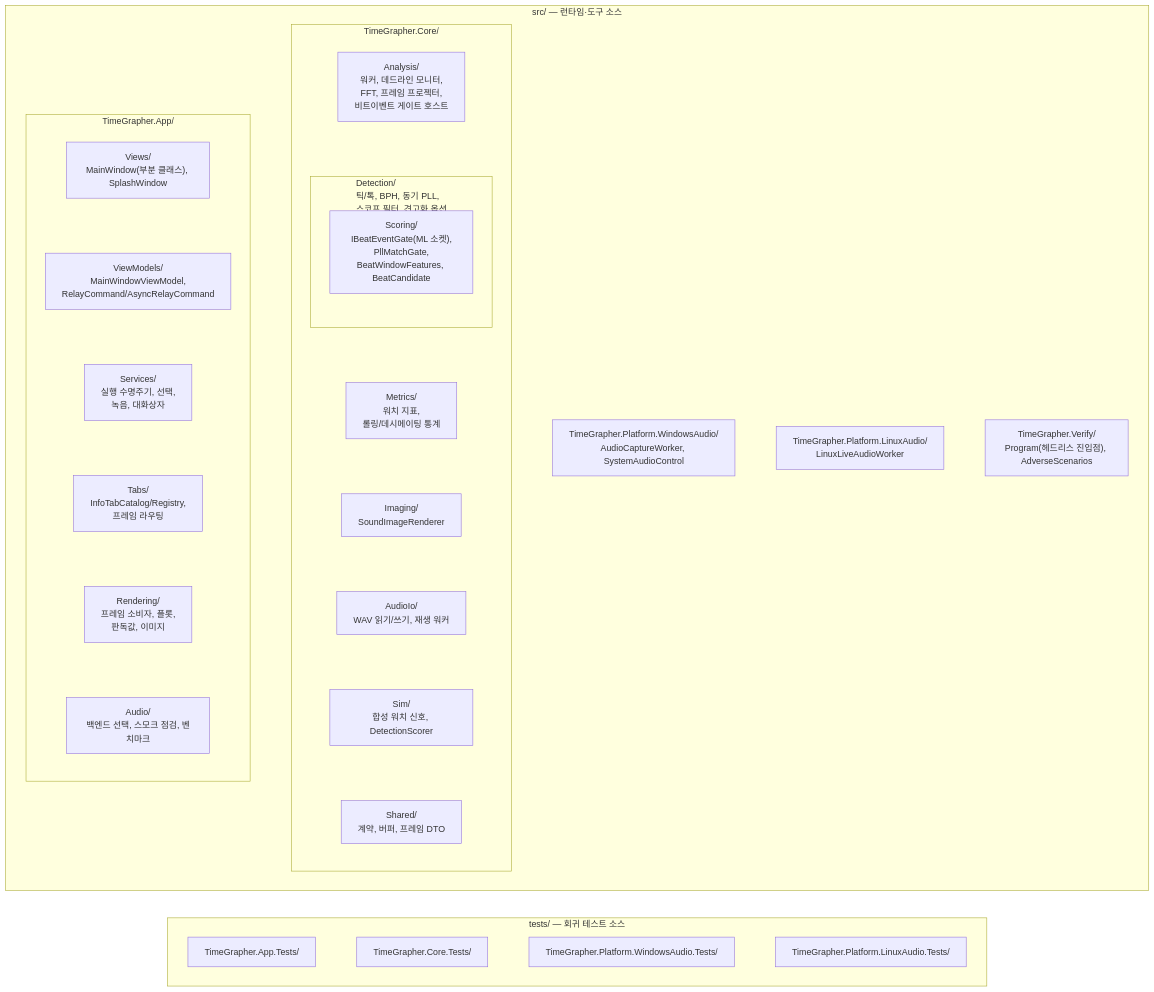
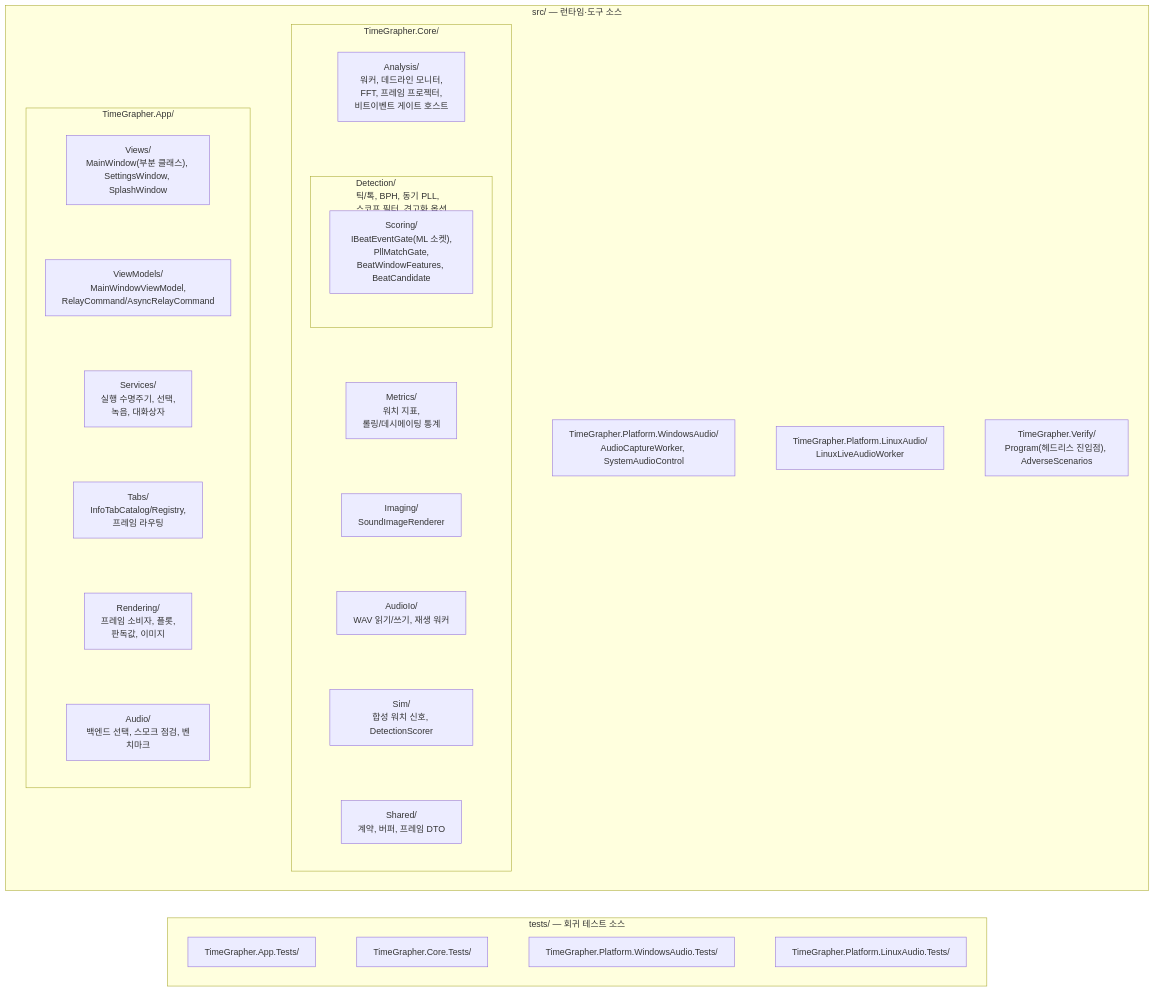
Before and after one commit to Jae-hong-5/TimeGrapher-Net: the diagram in docs/architecture/MODULE_DECOMPOSITION_VIEW.md, drawn with Mermaid. The commit also changed 28 other files, not shown here.

````diff
--- a/docs/architecture/MODULE_DECOMPOSITION_VIEW.md
+++ b/docs/architecture/MODULE_DECOMPOSITION_VIEW.md
@@ -7,66 +7,66 @@
 ```mermaid
 flowchart TB
     subgraph SrcDir["src/ — 런타임·도구 소스"]
         direction LR
 
         subgraph App["TimeGrapher.App/"]
             direction TB
-            AppViews["Views/<br/>MainWindow(부분 클래스), SplashWindow"]
+            AppViews["Views/<br/>MainWindow(부분 클래스), SettingsWindow, SplashWindow"]
             AppViewModels["ViewModels/<br/>MainWindowViewModel,<br/>RelayCommand/AsyncRelayCommand"]
             AppServices["Services/<br/>실행 수명주기, 선택,<br/>녹음, 대화상자"]
             AppTabs["Tabs/<br/>InfoTabCatalog/Registry,<br/>프레임 라우팅"]
             AppRendering["Rendering/<br/>프레임 소비자, 플롯,<br/>판독값, 이미지"]
             AppAudio["Audio/<br/>백엔드 선택, 스모크 점검, 벤치마크"]
 
             AppViews ~~~ AppViewModels
             AppViewModels ~~~ AppServices
             AppServices ~~~ AppTabs
             AppTabs ~~~ AppRendering
             AppRendering ~~~ AppAudio
         end
 
         subgraph Core["TimeGrapher.Core/"]
             direction TB
             CoreAnalysis["Analysis/<br/>워커, 데드라인 모니터,<br/>FFT, 프레임 프로젝터,<br/>비트이벤트 게이트 호스트"]
             subgraph CoreDetection["Detection/<br/>틱/톡, BPH, 동기 PLL,<br/>스코프 필터, 견고화 옵션"]
                 direction TB
                 CoreScoring["Scoring/<br/>IBeatEventGate(ML 소켓),<br/>PllMatchGate,<br/>BeatWindowFeatures, BeatCandidate"]
             end
             CoreMetrics["Metrics/<br/>워치 지표,<br/>롤링/데시메이팅 통계"]
             CoreImaging["Imaging/<br/>SoundImageRenderer"]
             CoreAudioIo["AudioIo/<br/>WAV 읽기/쓰기, 재생 워커"]
             CoreSim["Sim/<br/>합성 워치 신호, DetectionScorer"]
             CoreShared["Shared/<br/>계약, 버퍼, 프레임 DTO"]
 
             CoreAnalysis ~~~ CoreDetection
             CoreDetection ~~~ CoreMetrics
             CoreMetrics ~~~ CoreImaging
             CoreImaging ~~~ CoreAudioIo
             CoreAudioIo ~~~ CoreSim
             CoreSim ~~~ CoreShared
         end
 
         WindowsAudio["TimeGrapher.Platform.WindowsAudio/<br/>AudioCaptureWorker, SystemAudioControl"]
         LinuxAudio["TimeGrapher.Platform.LinuxAudio/<br/>LinuxLiveAudioWorker"]
         VerifyPrj["TimeGrapher.Verify/<br/>Program(헤드리스 진입점), AdverseScenarios"]
 
         App ~~~ Core
         Core ~~~ WindowsAudio
         WindowsAudio ~~~ LinuxAudio
         LinuxAudio ~~~ VerifyPrj
     end
 
     subgraph TestsDir["tests/ — 회귀 테스트 소스"]
         direction LR
         AppTests["TimeGrapher.App.Tests/"]
         CoreTests["TimeGrapher.Core.Tests/"]
         WinTests["TimeGrapher.Platform.WindowsAudio.Tests/"]
         LinTests["TimeGrapher.Platform.LinuxAudio.Tests/"]
 
         AppTests ~~~ CoreTests
         CoreTests ~~~ WinTests
         WinTests ~~~ LinTests
     end
 
     SrcDir ~~~ TestsDir
 ```
````
